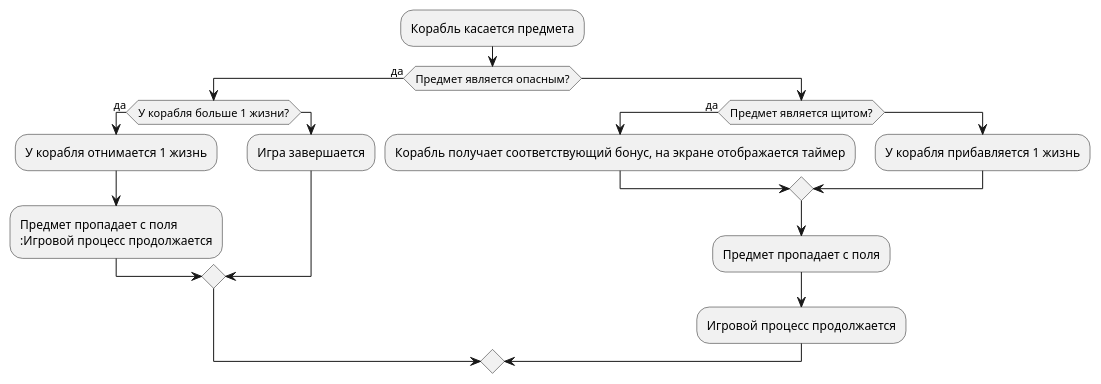
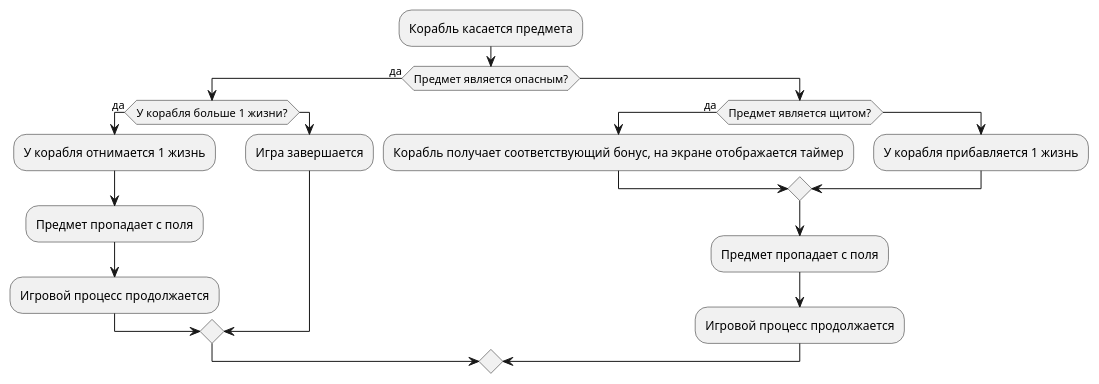
One commit to DoNik226/software_development changed the diagram in docs/5.iuml. Above: the diagram before and after it, drawn with PlantUML.

```diff
--- a/docs/5.iuml
+++ b/docs/5.iuml
@@ -1,20 +1,20 @@
 @startuml
 :Корабль касается предмета;
 if (Предмет является опасным?) is (да) then
   if (У корабля больше 1 жизни?) is (да) then
     :У корабля отнимается 1 жизнь;
-    :Предмет пропадает с поля
+    :Предмет пропадает с поля;
     :Игровой процесс продолжается;
   else
     :Игра завершается;
   endif
 else
   if (Предмет является щитом?) is (да) then
     :Корабль получает соответствующий бонус, на экране отображается таймер;
   else
     :У корабля прибавляется 1 жизнь;
   endif
   :Предмет пропадает с поля;
   :Игровой процесс продолжается;
 endif
 @enduml
```
